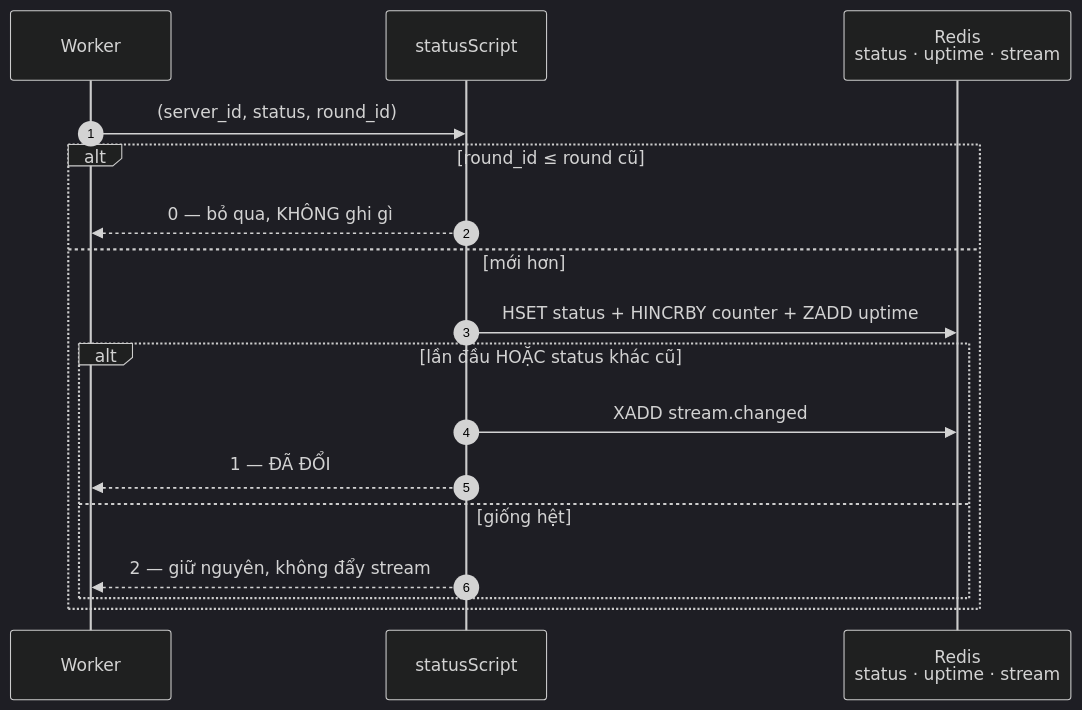
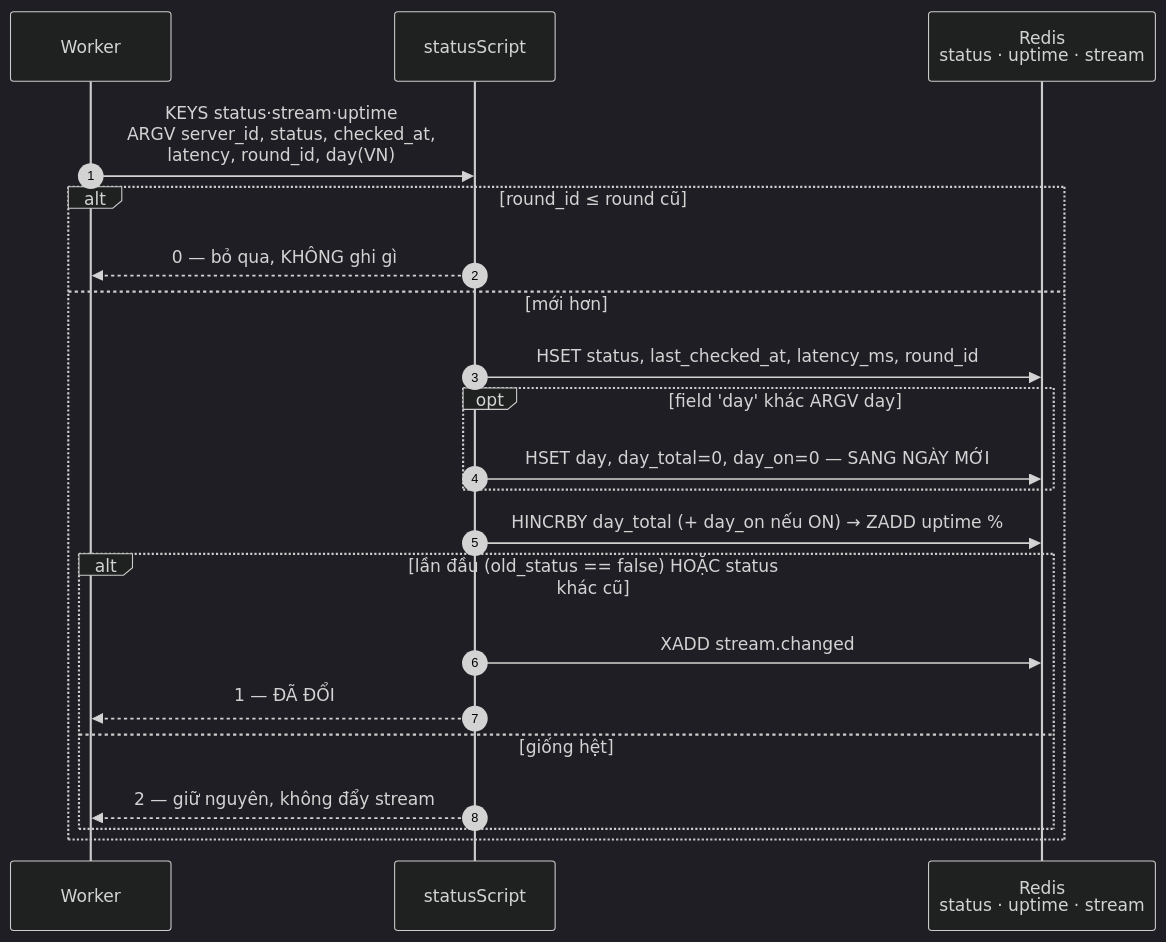
One commit to dwchwang/sms_microservice changed the third of 10 diagrams in .claude/diagrams/sequence-diagrams.md. Above: the diagram before and after it, drawn with Mermaid (dark theme). The commit also changed other lines of this file and 24 other files, not shown here.

````diff
--- a/.claude/diagrams/sequence-diagrams.md
+++ b/.claude/diagrams/sequence-diagrams.md
@@ -81,20 +81,24 @@
 ```mermaid
 sequenceDiagram
     autonumber
     participant W as Worker
     participant L as statusScript
     participant K as Redis<br/>status · uptime · stream
 
-    W->>L: (server_id, status, round_id)
+    W->>L: KEYS status·stream·uptime<br/>ARGV server_id, status, checked_at,<br/>latency, round_id, day(VN)
     alt round_id ≤ round cũ
         L-->>W: 0 — bỏ qua, KHÔNG ghi gì
     else mới hơn
-        L->>K: HSET status + HINCRBY counter + ZADD uptime
-        alt lần đầu HOẶC status khác cũ
+        L->>K: HSET status, last_checked_at, latency_ms, round_id
+        opt field 'day' khác ARGV day
+            L->>K: HSET day, day_total=0, day_on=0 — SANG NGÀY MỚI
+        end
+        L->>K: HINCRBY day_total (+ day_on nếu ON) → ZADD uptime %
+        alt lần đầu (old_status == false) HOẶC status khác cũ
             L->>K: XADD stream.changed
             L-->>W: 1 — ĐÃ ĐỔI
         else giống hệt
             L-->>W: 2 — giữ nguyên, không đẩy stream
         end
     end
 ```
````
